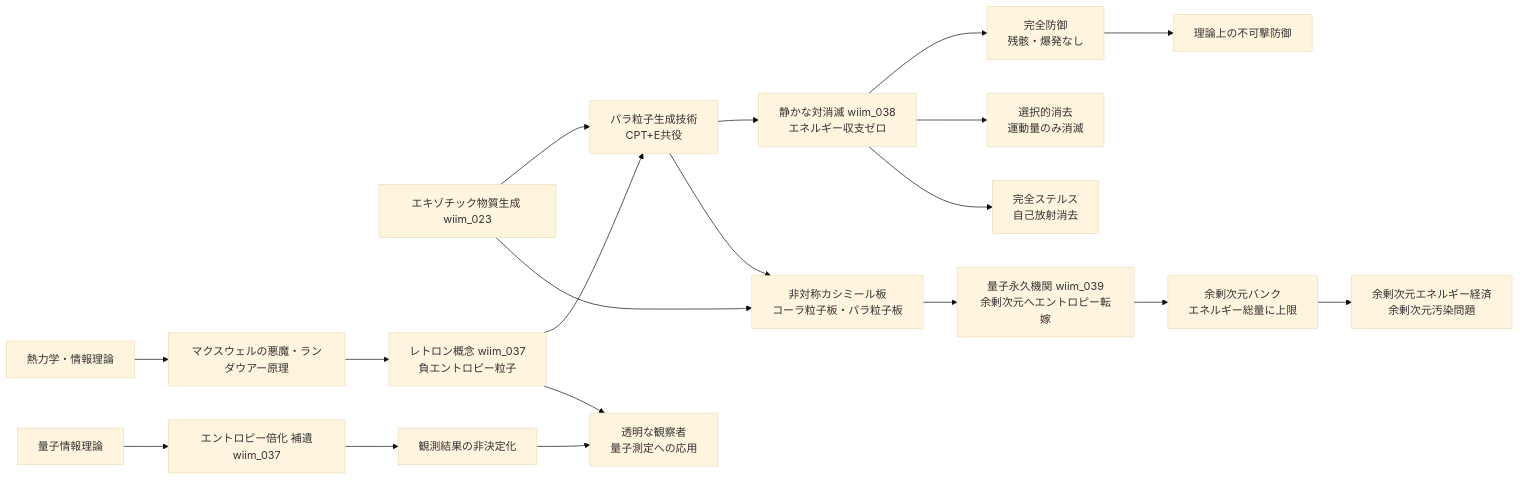
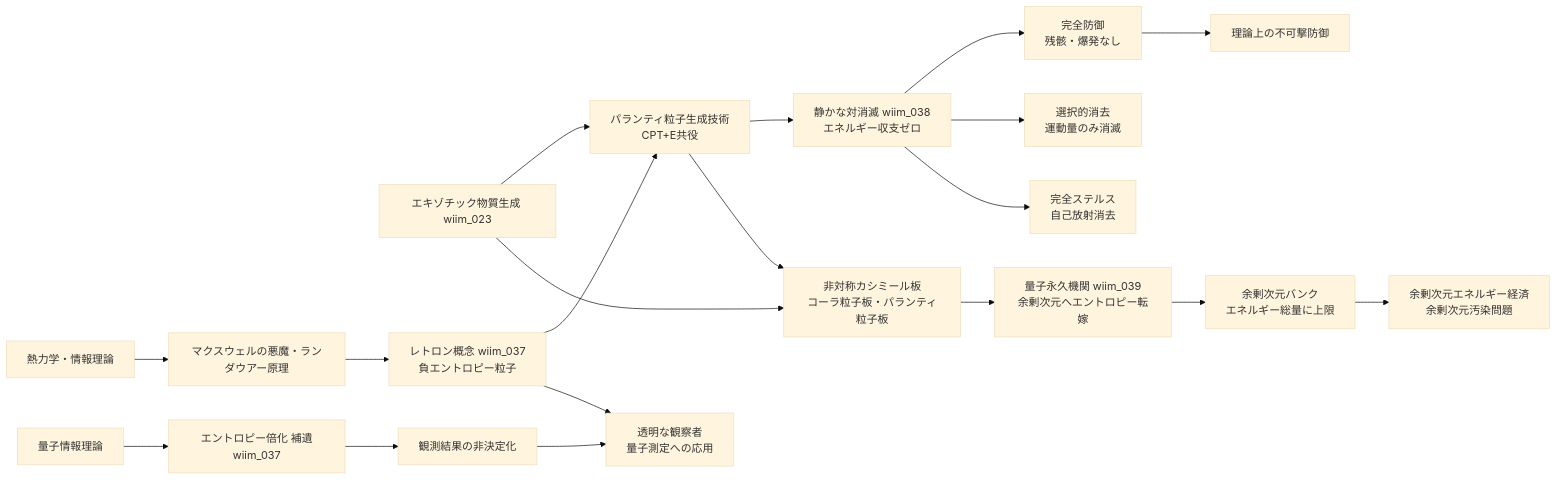
The fourth of 7 diagrams in docs/notes/tech_tree.md (theronium/WhatIfImpossible), drawn with Mermaid (base theme) before and after one commit. The commit also changed other lines of this file and 35 other files, not shown here.

````diff
--- a/docs/notes/tech_tree.md
+++ b/docs/notes/tech_tree.md
@@ -166,28 +166,28 @@
 ```mermaid
 flowchart LR
     E1[熱力学・情報理論]
     E2[エキゾチック物質生成 wiim_023]
     E3[量子情報理論]
 
     E1 --> E4[マクスウェルの悪魔・ランダウアー原理]
     E4 --> E5[レトロン概念 wiim_037\n負エントロピー粒子]
-    E2 --> E6[パラ粒子生成技術\nCPT+E共役]
+    E2 --> E6[パランティ粒子生成技術\nCPT+E共役]
     E5 --> E6
     E6 --> E7[静かな対消滅 wiim_038\nエネルギー収支ゼロ]
 
     E7 --> E8[完全防御\n残骸・爆発なし]
     E7 --> E9[選択的消去\n運動量のみ消滅]
     E7 --> E10[完全ステルス\n自己放射消去]
     E8 --> E11[理論上の不可撃防御]
 
     E3 --> E12[エントロピー倍化 補遺wiim_037]
     E12 --> E13[観測結果の非決定化]
     E13 --> E14[透明な観察者\n量子測定への応用]
     E5 --> E14
 
-    E2 --> E15[非対称カシミール板\nコーラ粒子板・パラ粒子板]
+    E2 --> E15[非対称カシミール板\nコーラ粒子板・パランティ粒子板]
     E6 --> E15
     E15 --> E16[量子永久機関 wiim_039\n余剰次元へエントロピー転嫁]
     E16 --> E17[余剰次元バンク\nエネルギー総量に上限]
     E17 --> E18[余剰次元エネルギー経済\n余剰次元汚染問題]
 ```
````
